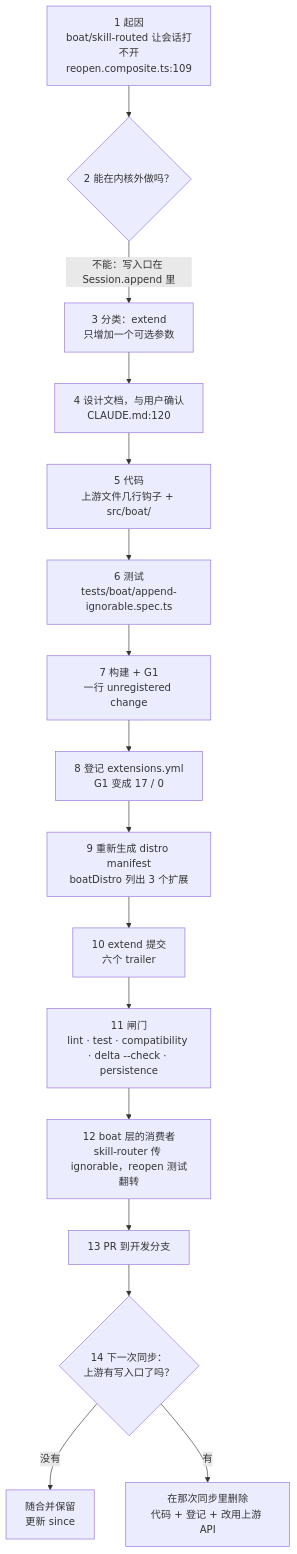
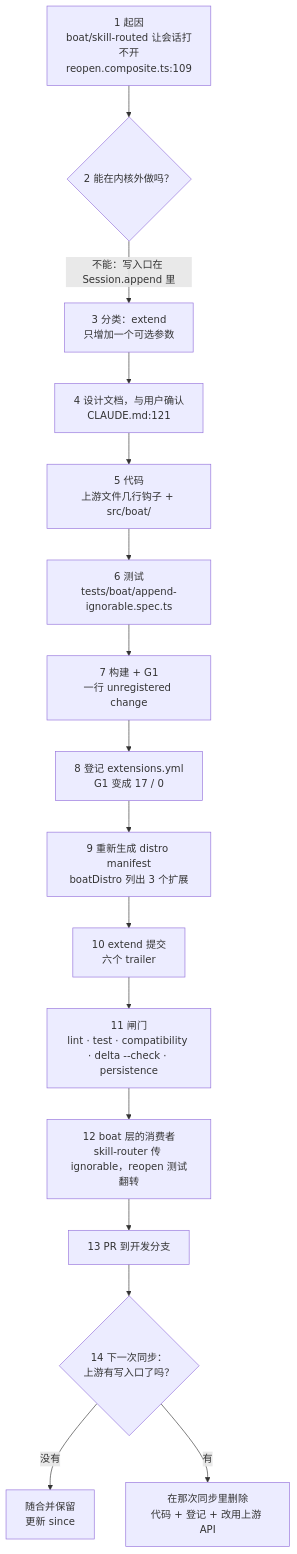
Before and after one commit to lyteboat/boat: diagram 13 of 13 in docs/02-distribution.md, drawn with Mermaid. The commit also changed other lines of this file and 3 other files, not shown here.

````diff
--- a/docs/02-distribution.md
+++ b/docs/02-distribution.md
@@ -1653,18 +1653,18 @@
 ```mermaid
 flowchart TB
   A["1 起因<br/>boat/skill-routed 让会话打不开<br/>reopen.composite.ts:109"] --> B{"2 能在内核外做吗？"}
   B -->|"不能：写入口在 Session.append 里"| C["3 分类：extend<br/>只增加一个可选参数"]
-  C --> D["4 设计文档，与用户确认<br/>CLAUDE.md:120"]
+  C --> D["4 设计文档，与用户确认<br/>CLAUDE.md:121"]
   D --> E["5 代码<br/>上游文件几行钩子 + src/boat/"]
   E --> F["6 测试<br/>tests/boat/append-ignorable.spec.ts"]
   F --> G["7 构建 + G1<br/>一行 unregistered change"]
   G --> H["8 登记 extensions.yml<br/>G1 变成 17 / 0"]
   H --> I["9 重新生成 distro manifest<br/>boatDistro 列出 3 个扩展"]
   I --> J["10 extend 提交<br/>六个 trailer"]
   J --> K["11 闸门<br/>lint · test · compatibility · delta --check · persistence"]
   K --> L["12 boat 层的消费者<br/>skill-router 传 ignorable，reopen 测试翻转"]
   L --> M["13 PR 到开发分支"]
   M --> N{"14 下一次同步：<br/>上游有写入口了吗？"}
   N -->|"没有"| O["随合并保留<br/>更新 since"]
   N -->|"有"| P["在那次同步里删除<br/>代码 + 登记 + 改用上游 API"]
 ```
````
